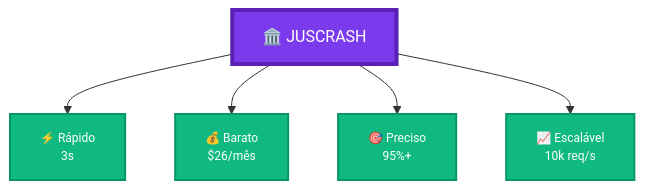
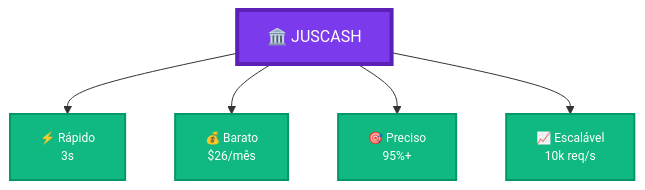
Diagram 11 of 11 in docs/ONE_PAGE.md (jcleitonss/JusCash_IA), drawn with Mermaid before and after one commit. The commit also changed other lines of this file, not shown here.

````diff
--- a/docs/ONE_PAGE.md
+++ b/docs/ONE_PAGE.md
@@ -238,12 +237,12 @@
 ```mermaid
 graph TB
-    P[🏛️ JUSCRASH]:::main
+    P[🏛️ JUSCASH]:::main
     
     P --> A[⚡ Rápido<br/>3s]:::benefit
     P --> B[💰 Barato<br/>$26/mês]:::benefit
     P --> C[🎯 Preciso<br/>95%+]:::benefit
     P --> D[📈 Escalável<br/>10k req/s]:::benefit
     
     classDef main fill:#7C3AED,stroke:#5B21B6,stroke-width:4px,color:#fff,font-size:16px
     classDef benefit fill:#10B981,stroke:#059669,stroke-width:2px,color:#fff,font-size:12px
 ```
````
